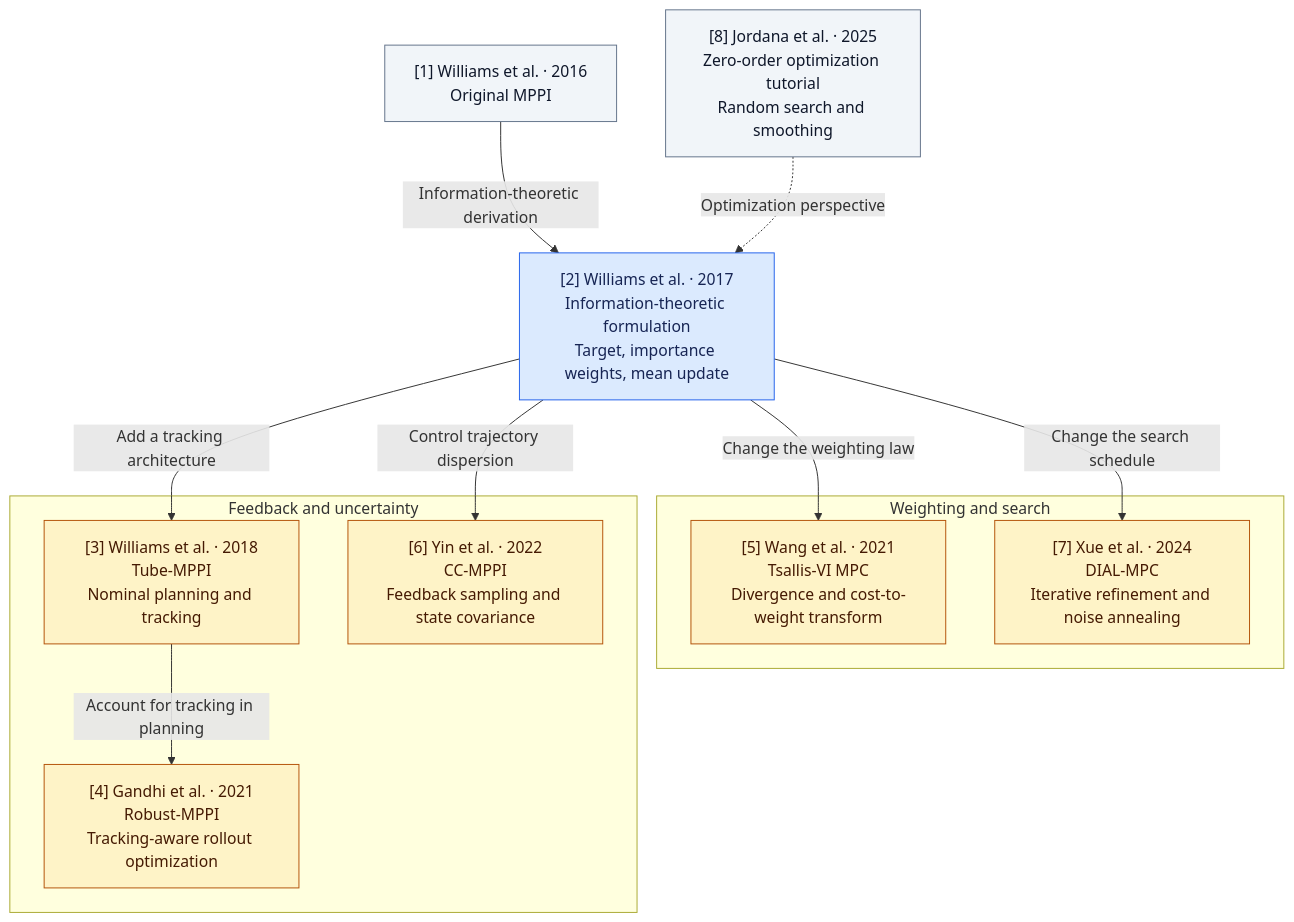
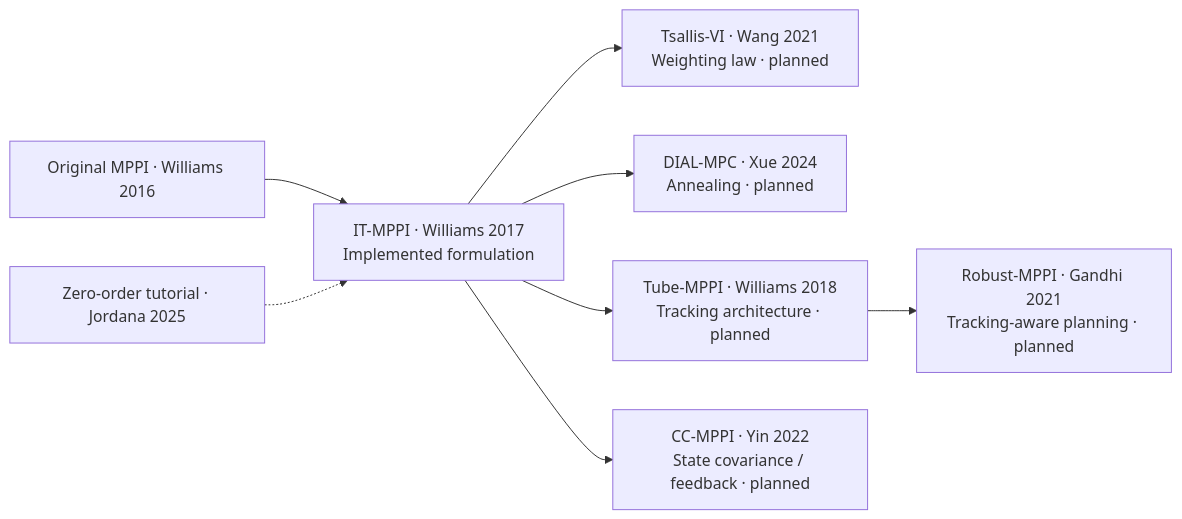
One commit to hdoh-ucsd/mppi-variant-playground changed the diagram in README.md. Above: the diagram before and after it, drawn with Mermaid. The commit also changed other lines of this file and 48 other files, not shown here.

````diff
--- a/README.md
+++ b/README.md
@@ -21,32 +23,10 @@
 ```mermaid
-flowchart TB
-    P1["[1] Williams et al. · 2016<br/>Original MPPI"]
-    P2["[2] Williams et al. · 2017<br/>Information-theoretic formulation<br/>Target, importance weights, mean update"]
-    P8["[8] Jordana et al. · 2025<br/>Zero-order optimization tutorial<br/>Random search and smoothing"]
-
-    subgraph SEARCH["Weighting and search"]
-        P5["[5] Wang et al. · 2021<br/>Tsallis-VI MPC<br/>Divergence and cost-to-weight transform"]
-        P7["[7] Xue et al. · 2024<br/>DIAL-MPC<br/>Iterative refinement and noise annealing"]
-    end
-
-    subgraph FEEDBACK["Feedback and uncertainty"]
-        P3["[3] Williams et al. · 2018<br/>Tube-MPPI<br/>Nominal planning and tracking"]
-        P4["[4] Gandhi et al. · 2021<br/>Robust-MPPI<br/>Tracking-aware rollout optimization"]
-        P6["[6] Yin et al. · 2022<br/>CC-MPPI<br/>Feedback sampling and state covariance"]
-        P3 -->|Account for tracking in planning| P4
-    end
-
-    P1 -->|Information-theoretic derivation| P2
-    P8 -.->|Optimization perspective| P2
-    P2 -->|Change the weighting law| P5
-    P2 -->|Change the search schedule| P7
-    P2 -->|Add a tracking architecture| P3
-    P2 -->|Control trajectory dispersion| P6
-
-    classDef baseline fill:#dbeafe,stroke:#2563eb,color:#172554
-    classDef planned fill:#fef3c7,stroke:#b45309,color:#451a03
-    classDef context fill:#f1f5f9,stroke:#64748b,color:#0f172a
-    class P2 baseline
-    class P3,P4,P5,P6,P7 planned
-    class P1,P8 context
+flowchart LR
+  A["Original MPPI · Williams 2016"] --> B["IT-MPPI · Williams 2017<br/>Implemented formulation"]
+  Z["Zero-order tutorial · Jordana 2025"] -.-> B
+  B --> C["Tsallis-VI · Wang 2021<br/>Weighting law · planned"]
+  B --> D["DIAL-MPC · Xue 2024<br/>Annealing · planned"]
+  B --> E["Tube-MPPI · Williams 2018<br/>Tracking architecture · planned"]
+  E --> F["Robust-MPPI · Gandhi 2021<br/>Tracking-aware planning · planned"]
+  B --> G["CC-MPPI · Yin 2022<br/>State covariance / feedback · planned"]
 ```
````
